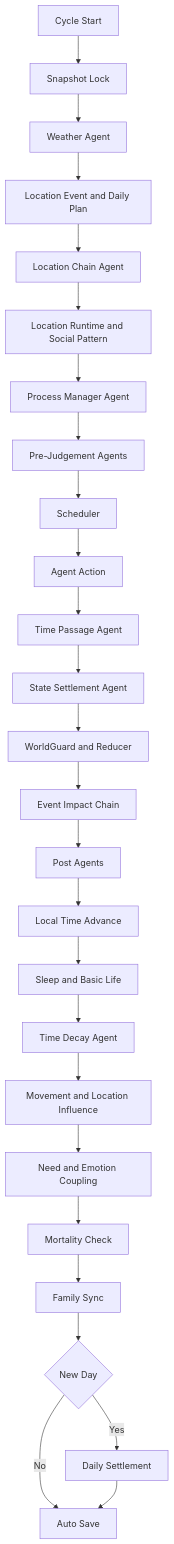
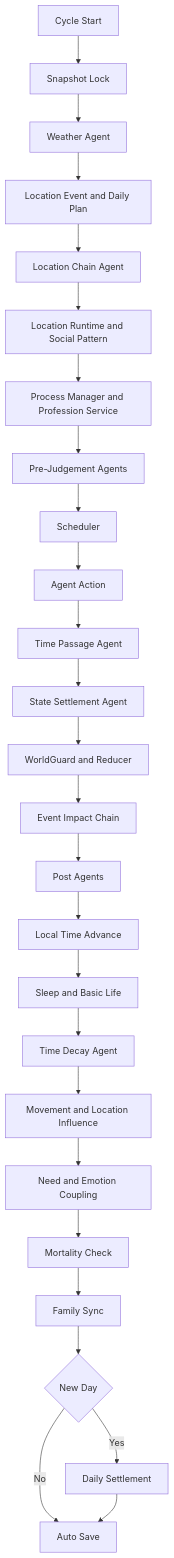
Before and after one commit to Whom001x/agentbox-town: the first of 5 diagrams in README.en.md, drawn with Mermaid. The commit also changed other lines of this file and 1 other file, not shown here.

````diff
--- a/README.en.md
+++ b/README.en.md
@@ -25,28 +37,28 @@
 ```mermaid
 flowchart TD
   A[Cycle Start] --> B[Snapshot Lock]
   B --> C[Weather Agent]
   C --> D[Location Event and Daily Plan]
   D --> E[Location Chain Agent]
   E --> F[Location Runtime and Social Pattern]
-  F --> G[Process Manager Agent]
+  F --> G[Process Manager and Profession Service]
   G --> H[Pre-Judgement Agents]
   H --> I[Scheduler]
   I --> J[Agent Action]
   J --> K[Time Passage Agent]
   K --> L[State Settlement Agent]
   L --> M[WorldGuard and Reducer]
   M --> N[Event Impact Chain]
   N --> O[Post Agents]
   O --> P[Local Time Advance]
   P --> Q[Sleep and Basic Life]
   Q --> R[Time Decay Agent]
   R --> S[Movement and Location Influence]
   S --> T[Need and Emotion Coupling]
   T --> U[Mortality Check]
   U --> V[Family Sync]
   V --> W{New Day}
   W -->|No| X[Auto Save]
   W -->|Yes| Y[Daily Settlement]
   Y --> X
 ```
````
